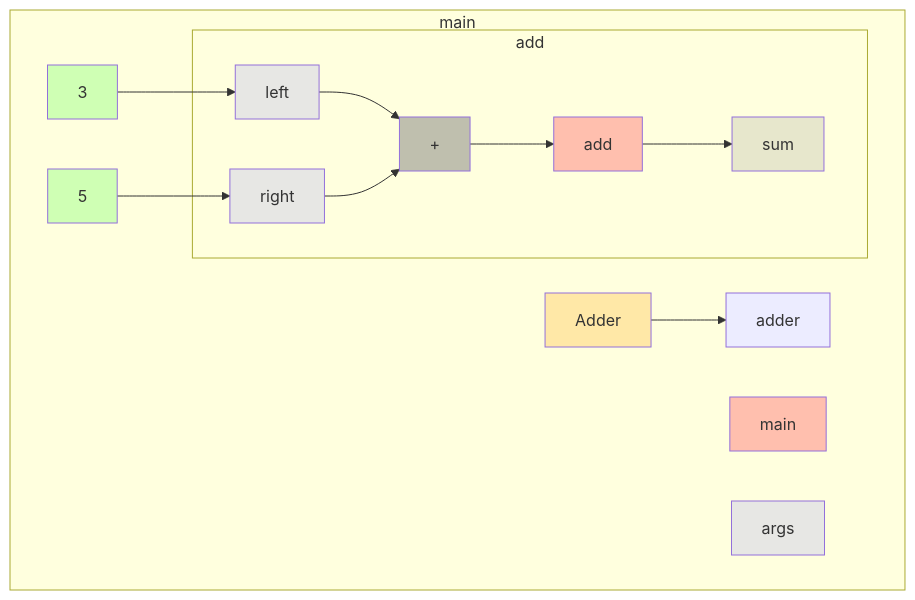
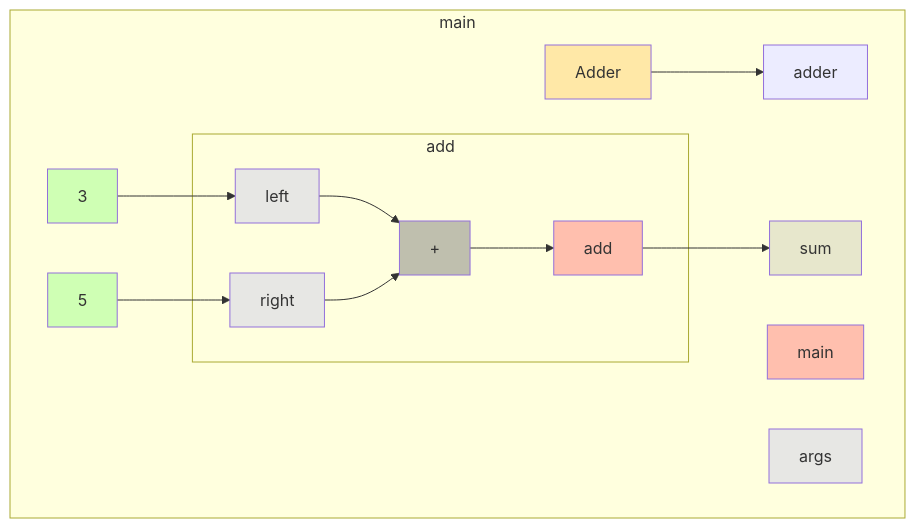
One commit to gstiebler/codeflow changed the diagram in app/src/test/resources/subpackage/truth.md. Above: the diagram before and after it, drawn with Mermaid. The commit also changed 34 other files, not shown here.

````diff
--- a/app/src/test/resources/subpackage/truth.md
+++ b/app/src/test/resources/subpackage/truth.md
@@ -1,32 +1,32 @@
 ```mermaid
 flowchart TD
   subgraph b0["main"]
     n1[main]:::RETURN
     n2[args]:::FUNC_PARAM
     n3[Adder]:::EXTERNAL
     n4[adder]:::OBJ_VARIABLE
     n5[3]:::LITERAL
     n6[5]:::LITERAL
     n12[sum]:::VARIABLE
     n3[Adder]:::EXTERNAL --> n4[adder]:::OBJ_VARIABLE
     n5[3]:::LITERAL --> n9[left]:::FUNC_PARAM
     n6[5]:::LITERAL --> n10[right]:::FUNC_PARAM
+    n8[add]:::RETURN --> n12[sum]:::VARIABLE
     subgraph b7["add"]
       n8[add]:::RETURN
       n9[left]:::FUNC_PARAM
       n10[right]:::FUNC_PARAM
       n11[+]:::BIN_OP
-      n8[add]:::RETURN --> n12[sum]:::VARIABLE
       n9[left]:::FUNC_PARAM --> n11[+]:::BIN_OP
       n10[right]:::FUNC_PARAM --> n11[+]:::BIN_OP
       n11[+]:::BIN_OP --> n8[add]:::RETURN
     end
   end
   classDef LITERAL fill:#00FF0030
   classDef VARIABLE fill:#80808030
   classDef BIN_OP fill:#80808080
   classDef FUNC_PARAM fill:#8080FF30
   classDef RETURN fill:#FF808080
   classDef EXTERNAL fill:#FFA50040
   classDef UNMODELLED fill:#FF000030,stroke-dasharray: 4 2
 ```
````
